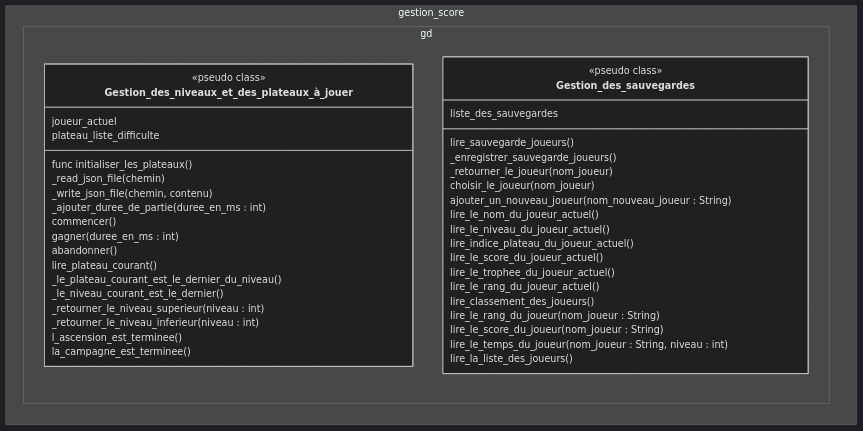
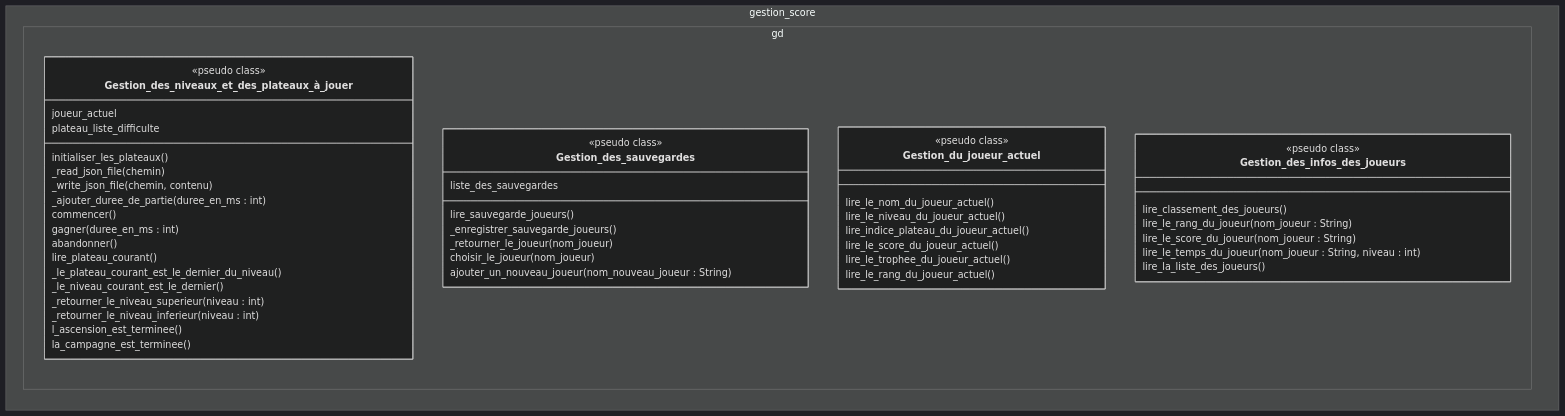
The diagram in docs/GestionScore.md (leguims/godot-color-sort-for-anna), drawn with Mermaid (dark theme) before and after one commit. The commit also changed 6 other files, not shown here.

````diff
--- a/docs/GestionScore.md
+++ b/docs/GestionScore.md
@@ -9,46 +9,54 @@
 ```mermaid
 classDiagram
 namespace gestion_score.gd {
 
     class Gestion_des_niveaux_et_des_plateaux_à_jouer {
         <<pseudo class>> 
         joueur_actuel
         plateau_liste_difficulte
-        func initialiser_les_plateaux()
+        initialiser_les_plateaux()
         _read_json_file(chemin)
         _write_json_file(chemin, contenu)
         _ajouter_duree_de_partie(duree_en_ms : int)
         commencer()
         gagner(duree_en_ms : int)
         abandonner()
         lire_plateau_courant()
         _le_plateau_courant_est_le_dernier_du_niveau()
         _le_niveau_courant_est_le_dernier()
         _retourner_le_niveau_superieur(niveau : int)
         _retourner_le_niveau_inferieur(niveau : int)
         l_ascension_est_terminee()
         la_campagne_est_terminee()
     }
 
     class Gestion_des_sauvegardes {
         <<pseudo class>> 
         liste_des_sauvegardes
         lire_sauvegarde_joueurs()
         _enregistrer_sauvegarde_joueurs()
         _retourner_le_joueur(nom_joueur)
         choisir_le_joueur(nom_joueur)
         ajouter_un_nouveau_joueur(nom_nouveau_joueur : String)
+    }
+
+    class Gestion_du_joueur_actuel {
+        <<pseudo class>> 
         lire_le_nom_du_joueur_actuel()
         lire_le_niveau_du_joueur_actuel()
         lire_indice_plateau_du_joueur_actuel()
         lire_le_score_du_joueur_actuel()
         lire_le_trophee_du_joueur_actuel()
         lire_le_rang_du_joueur_actuel()
+    }
+
+    class Gestion_des_infos_des_joueurs {
+        <<pseudo class>> 
         lire_classement_des_joueurs()
         lire_le_rang_du_joueur(nom_joueur : String)
         lire_le_score_du_joueur(nom_joueur : String)
         lire_le_temps_du_joueur(nom_joueur : String, niveau : int)
         lire_la_liste_des_joueurs()
     }
 }
 ```
````
